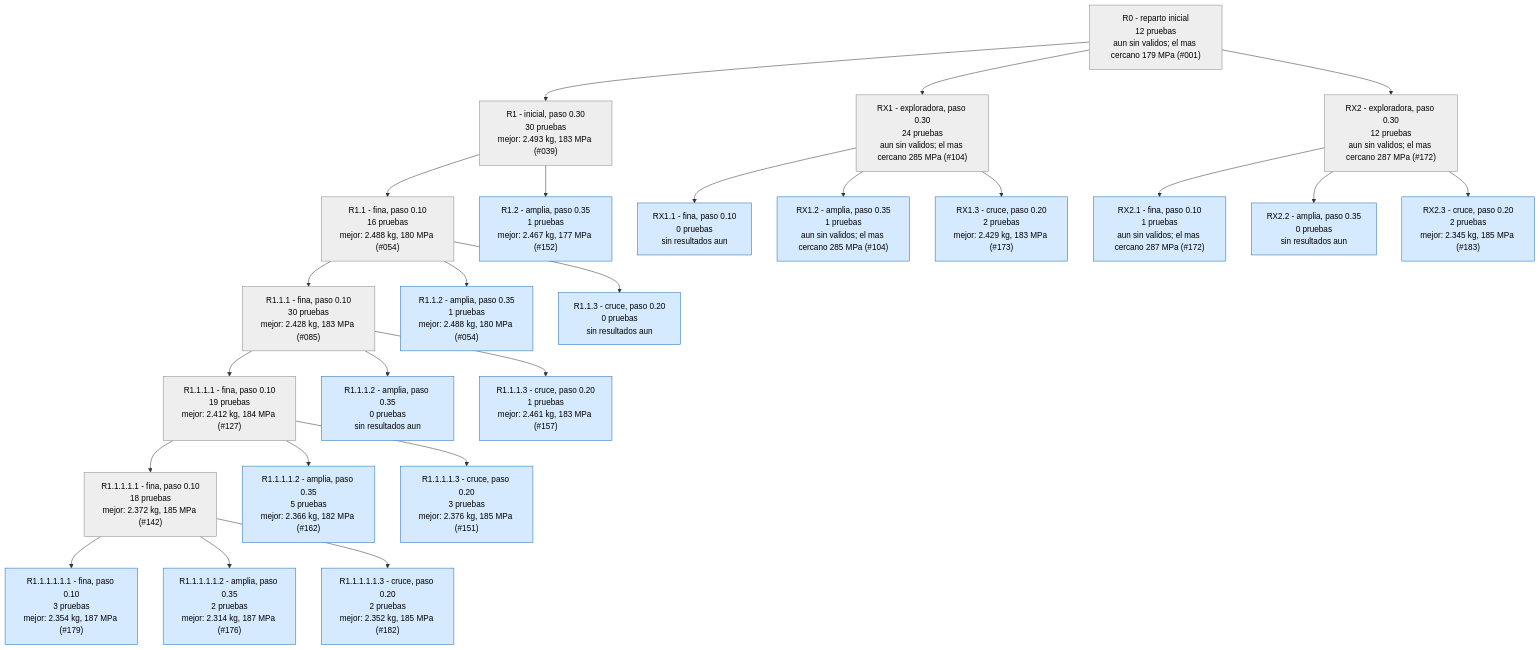
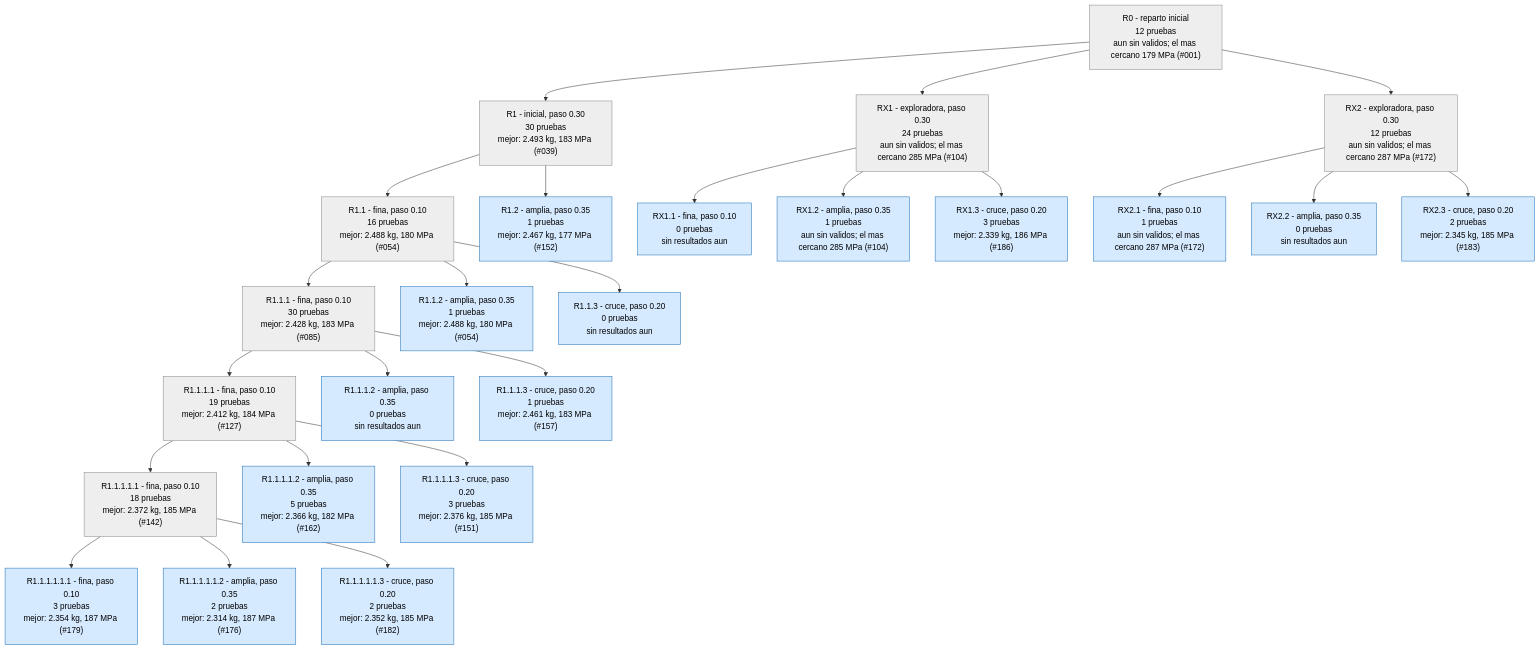
Before and after one commit to Hugiko/msd-soporte-optimizacion: the second of 4 diagrams in runs/opt_37800N/ARBOL.md, drawn with Mermaid. The commit also changed 22 other files, not shown here.

````diff
--- a/runs/opt_37800N/ARBOL.md
+++ b/runs/opt_37800N/ARBOL.md
@@ -41,53 +41,53 @@
 ```mermaid
 graph TD
 classDef activa fill:#d6eaff,stroke:#1f6fb5,color:#000
 classDef fin fill:#eeeeee,stroke:#888,color:#000
 classDef mejor fill:#c8f0c0,stroke:#1a9850,stroke-width:4px,color:#000
 R0["R0 - reparto inicial<br/>12 pruebas<br/>aun sin validos; el mas cercano 179 MPa (#001)"]:::fin
 R1["R1 - inicial, paso 0.30<br/>30 pruebas<br/>mejor: 2.493 kg, 183 MPa (#039)"]:::fin
 R0 --> R1
 R1_1["R1.1 - fina, paso 0.10<br/>16 pruebas<br/>mejor: 2.488 kg, 180 MPa (#054)"]:::fin
 R1 --> R1_1
 R1_2["R1.2 - amplia, paso 0.35<br/>1 pruebas<br/>mejor: 2.467 kg, 177 MPa (#152)"]:::activa
 R1 --> R1_2
 R1_1_1["R1.1.1 - fina, paso 0.10<br/>30 pruebas<br/>mejor: 2.428 kg, 183 MPa (#085)"]:::fin
 R1_1 --> R1_1_1
 R1_1_2["R1.1.2 - amplia, paso 0.35<br/>1 pruebas<br/>mejor: 2.488 kg, 180 MPa (#054)"]:::activa
 R1_1 --> R1_1_2
 R1_1_3["R1.1.3 - cruce, paso 0.20<br/>0 pruebas<br/>sin resultados aun"]:::activa
 R1_1 --> R1_1_3
 R1_1_1_1["R1.1.1.1 - fina, paso 0.10<br/>19 pruebas<br/>mejor: 2.412 kg, 184 MPa (#127)"]:::fin
 R1_1_1 --> R1_1_1_1
 R1_1_1_2["R1.1.1.2 - amplia, paso 0.35<br/>0 pruebas<br/>sin resultados aun"]:::activa
 R1_1_1 --> R1_1_1_2
 R1_1_1_3["R1.1.1.3 - cruce, paso 0.20<br/>1 pruebas<br/>mejor: 2.461 kg, 183 MPa (#157)"]:::activa
 R1_1_1 --> R1_1_1_3
 RX1["RX1 - exploradora, paso 0.30<br/>24 pruebas<br/>aun sin validos; el mas cercano 285 MPa (#104)"]:::fin
 R0 --> RX1
 RX1_1["RX1.1 - fina, paso 0.10<br/>0 pruebas<br/>sin resultados aun"]:::activa
 RX1 --> RX1_1
 RX1_2["RX1.2 - amplia, paso 0.35<br/>1 pruebas<br/>aun sin validos; el mas cercano 285 MPa (#104)"]:::activa
 RX1 --> RX1_2
-RX1_3["RX1.3 - cruce, paso 0.20<br/>2 pruebas<br/>mejor: 2.429 kg, 183 MPa (#173)"]:::activa
+RX1_3["RX1.3 - cruce, paso 0.20<br/>3 pruebas<br/>mejor: 2.339 kg, 186 MPa (#186)"]:::activa
 RX1 --> RX1_3
 R1_1_1_1_1["R1.1.1.1.1 - fina, paso 0.10<br/>18 pruebas<br/>mejor: 2.372 kg, 185 MPa (#142)"]:::fin
 R1_1_1_1 --> R1_1_1_1_1
 R1_1_1_1_2["R1.1.1.1.2 - amplia, paso 0.35<br/>5 pruebas<br/>mejor: 2.366 kg, 182 MPa (#162)"]:::activa
 R1_1_1_1 --> R1_1_1_1_2
 R1_1_1_1_3["R1.1.1.1.3 - cruce, paso 0.20<br/>3 pruebas<br/>mejor: 2.376 kg, 185 MPa (#151)"]:::activa
 R1_1_1_1 --> R1_1_1_1_3
 R1_1_1_1_1_1["R1.1.1.1.1.1 - fina, paso 0.10<br/>3 pruebas<br/>mejor: 2.354 kg, 187 MPa (#179)"]:::activa
 R1_1_1_1_1 --> R1_1_1_1_1_1
 R1_1_1_1_1_2["R1.1.1.1.1.2 - amplia, paso 0.35<br/>2 pruebas<br/>mejor: 2.314 kg, 187 MPa (#176)"]:::activa
 R1_1_1_1_1 --> R1_1_1_1_1_2
 R1_1_1_1_1_3["R1.1.1.1.1.3 - cruce, paso 0.20<br/>2 pruebas<br/>mejor: 2.352 kg, 185 MPa (#182)"]:::activa
 R1_1_1_1_1 --> R1_1_1_1_1_3
 RX2["RX2 - exploradora, paso 0.30<br/>12 pruebas<br/>aun sin validos; el mas cercano 287 MPa (#172)"]:::fin
 R0 --> RX2
 RX2_1["RX2.1 - fina, paso 0.10<br/>1 pruebas<br/>aun sin validos; el mas cercano 287 MPa (#172)"]:::activa
 RX2 --> RX2_1
 RX2_2["RX2.2 - amplia, paso 0.35<br/>0 pruebas<br/>sin resultados aun"]:::activa
 RX2 --> RX2_2
 RX2_3["RX2.3 - cruce, paso 0.20<br/>2 pruebas<br/>mejor: 2.345 kg, 185 MPa (#183)"]:::activa
 RX2 --> RX2_3
 ```
````
